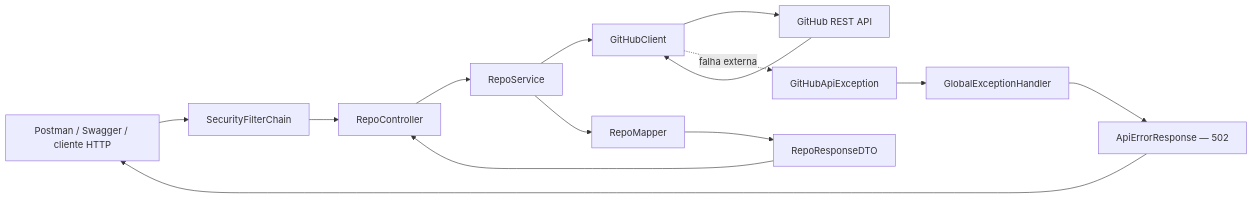
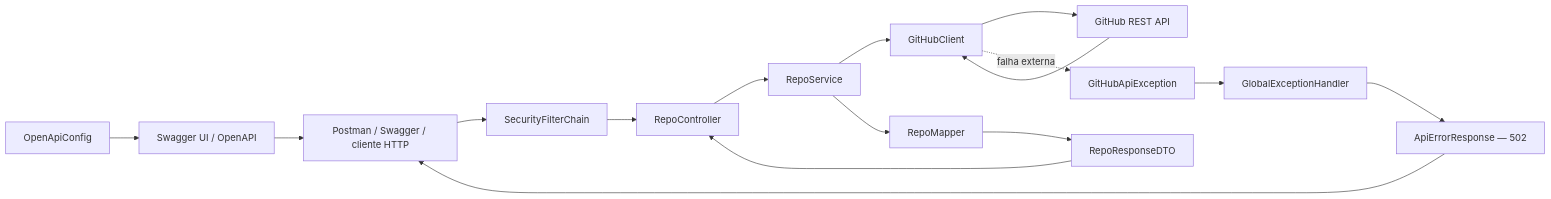
The first of 3 diagrams in backend/README.md (lucasz-g/portfolio-2.0), drawn with Mermaid before and after one commit. The commit also changed other lines of this file and 2 other files, not shown here.

Commit message:
Adicionando OpenApiConfig

````diff
--- a/backend/README.md
+++ b/backend/README.md
@@ -25,17 +25,19 @@
 ```mermaid
 flowchart LR
     consumer[Postman / Swagger / cliente HTTP] --> security[SecurityFilterChain]
+    openapi[OpenApiConfig] --> docs[Swagger UI / OpenAPI]
+    docs --> consumer
     security --> controller[RepoController]
     controller --> service[RepoService]
     service --> client[GitHubClient]
     client --> github[GitHub REST API]
     github --> client
     service --> mapper[RepoMapper]
     mapper --> dto[RepoResponseDTO]
     dto --> controller
 
     client -. falha externa .-> exception[GitHubApiException]
     exception --> handler[GlobalExceptionHandler]
     handler --> error[ApiErrorResponse — 502]
     error --> consumer
 ```
````
